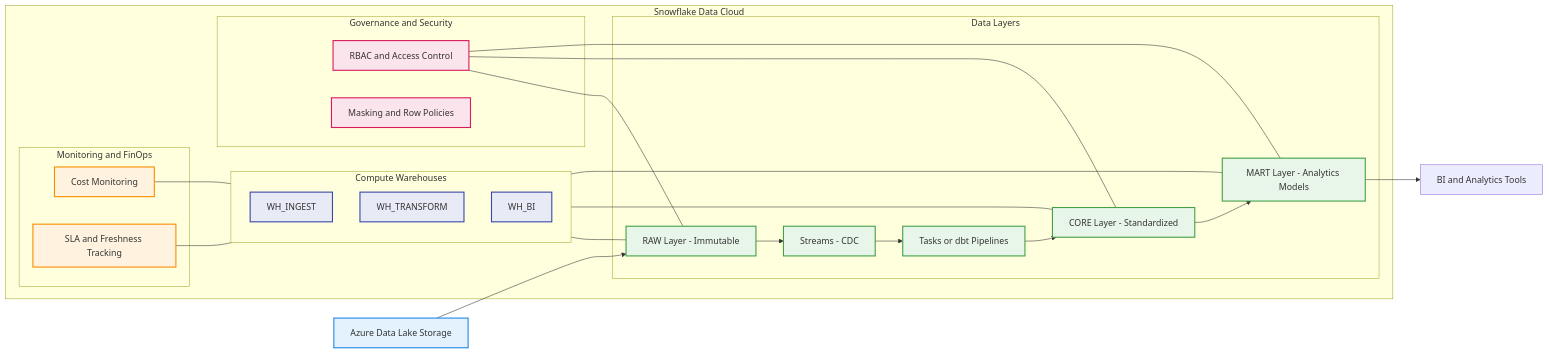
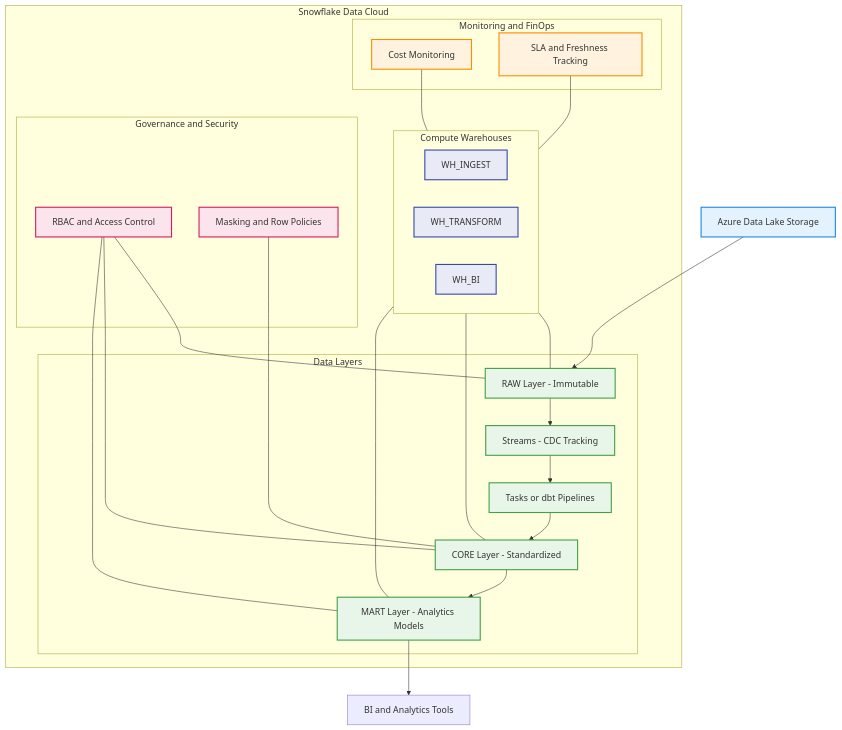
The diagram in 01_architecture/platform_architecture.mmd (adityadaptardar/Snowflake-Movie-Platform), drawn with Mermaid before and after one commit.

```diff
--- a/01_architecture/platform_architecture.mmd
+++ b/01_architecture/platform_architecture.mmd
@@ -1,66 +1,67 @@
-flowchart LR
+flowchart TD
 
 %% ===== External =====
 ADLS[Azure Data Lake Storage]
 
 %% ===== Snowflake =====
 subgraph SF[Snowflake Data Cloud]
 
     subgraph GOV[Governance and Security]
         RBAC[RBAC and Access Control]
         MASK[Masking and Row Policies]
     end
 
     subgraph MON[Monitoring and FinOps]
         COST[Cost Monitoring]
         SLA[SLA and Freshness Tracking]
     end
 
     subgraph WH[Compute Warehouses]
         ING[WH_INGEST]
         TRN[WH_TRANSFORM]
         BIW[WH_BI]
     end
 
     subgraph DATA[Data Layers]
         RAW[RAW Layer - Immutable]
-        STR[Streams - CDC]
+        STR[Streams - CDC Tracking]
         ORCH[Tasks or dbt Pipelines]
         CORE[CORE Layer - Standardized]
         MART[MART Layer - Analytics Models]
     end
 
 end
 
 BI[BI and Analytics Tools]
 
 %% ===== Flow =====
 ADLS --> RAW
 RAW --> STR
 STR --> ORCH
 ORCH --> CORE
 CORE --> MART
 MART --> BI
 
 %% ===== Supporting links =====
 RBAC --- RAW
 RBAC --- CORE
 RBAC --- MART
+MASK --- CORE
 COST --- WH
 SLA --- WH
 WH --- RAW
 WH --- CORE
 WH --- MART
 
 %% ===== Styling =====
 classDef external fill:#E3F2FD,stroke:#1E88E5,stroke-width:2;
 classDef layer fill:#E8F5E9,stroke:#43A047,stroke-width:2;
 classDef compute fill:#E8EAF6,stroke:#3949AB,stroke-width:2;
 classDef governance fill:#FCE4EC,stroke:#D81B60,stroke-width:2;
 classDef monitor fill:#FFF3E0,stroke:#FB8C00,stroke-width:2;
 
 class ADLS external;
 class RAW,STR,ORCH,CORE,MART layer;
 class ING,TRN,BIW compute;
 class RBAC,MASK governance;
 class COST,SLA monitor;
```
